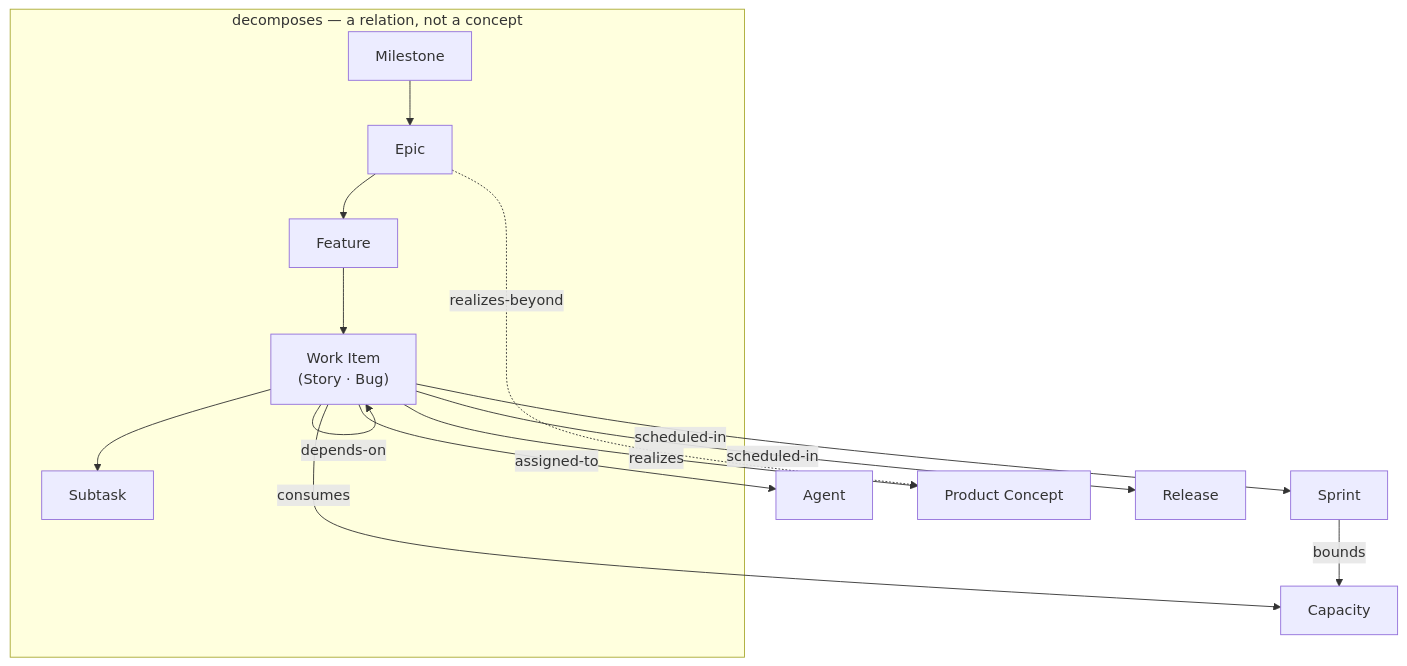
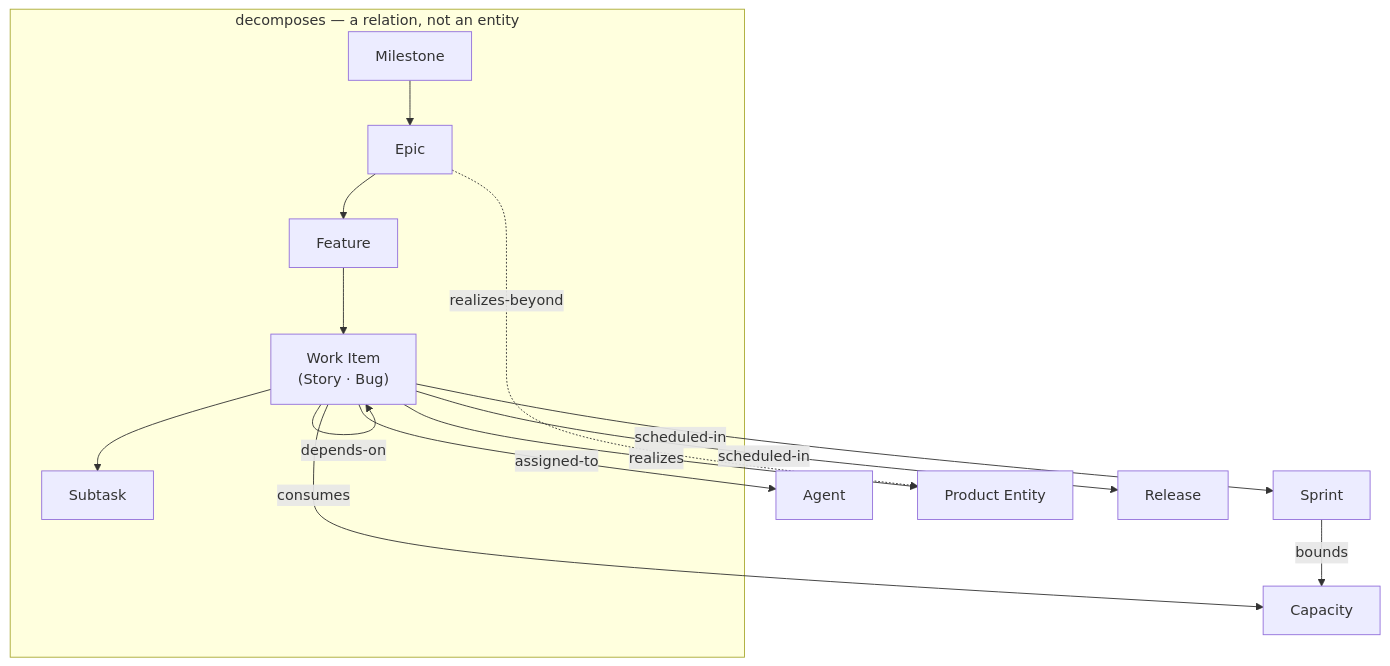
Before and after one commit to uh60down/ODPM: the diagram in examples/project-management/ontology.md, drawn with Mermaid. The commit also changed other lines of this file and 36 other files, not shown here.

Commit message:
Rename Concept building block to Entity

````diff
--- a/examples/project-management/ontology.md
+++ b/examples/project-management/ontology.md
@@ -115,22 +115,22 @@
 ```mermaid
 graph TD
     Agent["Agent"]
     WI["Work Item<br/>(Story · Bug)"]
-    PC["Product Concept"]
+    PC["Product Entity"]
     Cap["Capacity"]
     Sprint["Sprint"]
     Rel["Release"]
 
     WI -->|realizes| PC
     WI -->|assigned-to| Agent
     WI -->|depends-on| WI
     WI -->|consumes| Cap
     WI -->|scheduled-in| Sprint
     WI -->|scheduled-in| Rel
     Sprint -->|bounds| Cap
     Epic -.->|realizes-beyond| PC
 
-    subgraph grouping [decomposes — a relation, not a concept]
+    subgraph grouping [decomposes — a relation, not an entity]
         Milestone --> Epic --> Feature --> WI --> Subtask
     end
 ```
````
